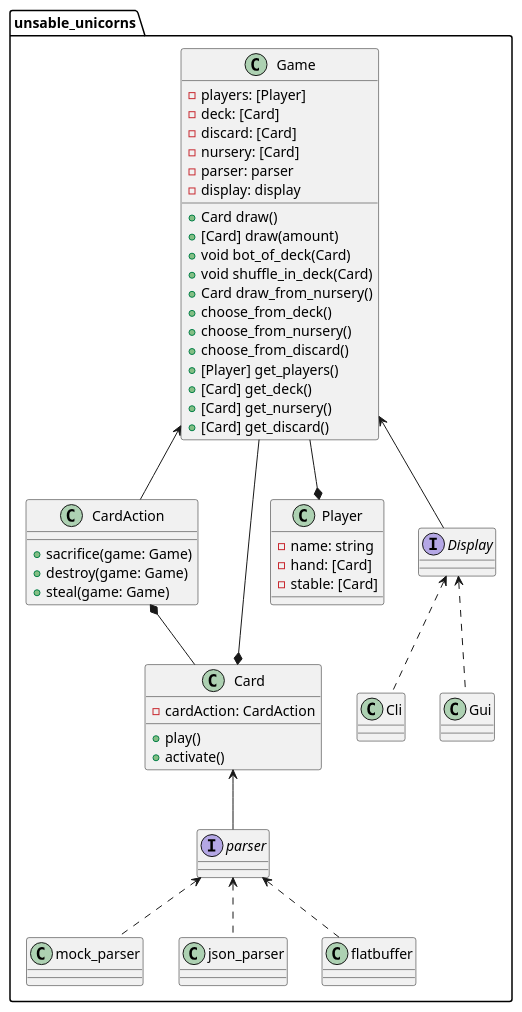
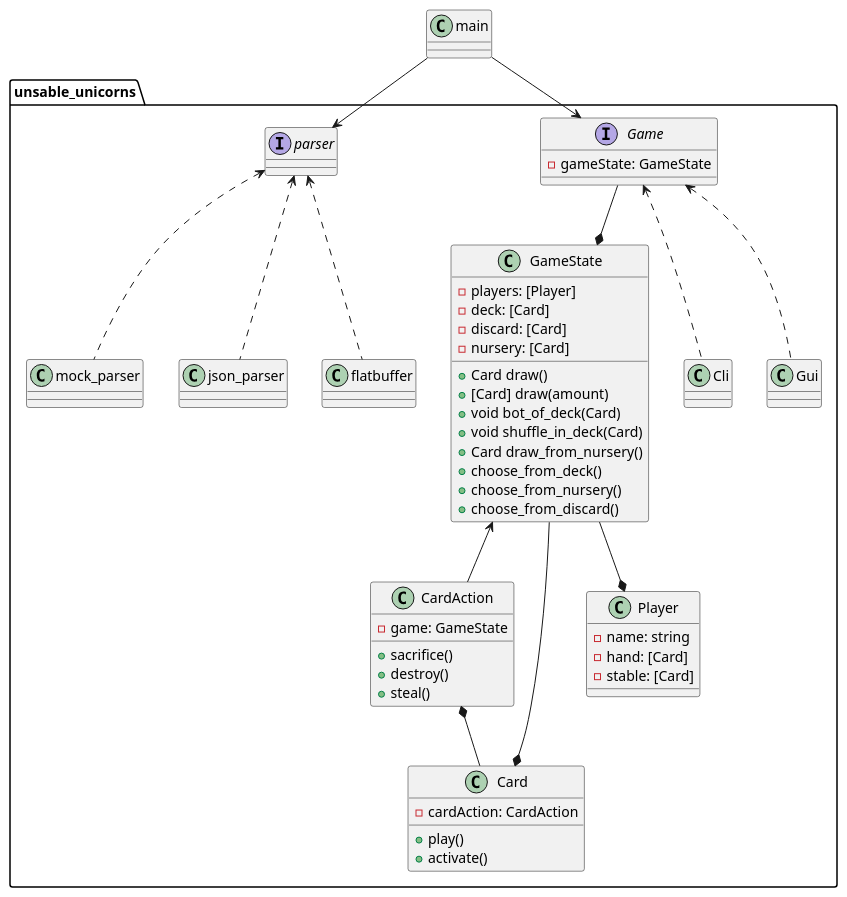
One commit to agmui/lobster_proj changed the diagram in unstable_unicorns/sample.puml. Above: the diagram before and after it, drawn with PlantUML. The commit also changed 6 other files, not shown here.

```diff
--- a/unstable_unicorns/sample.puml
+++ b/unstable_unicorns/sample.puml
@@ -1,63 +1,64 @@
 namespace unsable_unicorns{
 
 class CardAction{
-    + sacrifice(game: Game)
-    + destroy(game: Game)
-    + steal(game: Game)
+    - game: GameState
+    + sacrifice()
+    + destroy()
+    + steal()
 }
 
 class Card{
     - cardAction: CardAction
     + play()
     + activate()
 }
 class Player{
     - name: string
     - hand: [Card]
     - stable: [Card]
 }
 
-class Game{
+class GameState{
     - players: [Player]
     - deck: [Card]
     - discard: [Card]
     - nursery: [Card]
-    - parser: parser
-    - display: display
+
     + Card draw()
     + [Card] draw(amount)
     + void bot_of_deck(Card)
     + void shuffle_in_deck(Card)
     + Card draw_from_nursery()
     + choose_from_deck()
     + choose_from_nursery()
     + choose_from_discard()
-    + [Player] get_players()
-    + [Card] get_deck()
-    + [Card] get_nursery()
-    + [Card] get_discard()
 }
 
-interface Display
+interface Game{
+    - gameState: GameState
+}
 class Cli
 class Gui
 
 interface parser
 class mock_parser 
 class json_parser
 class flatbuffer
 }
 
+main --> parser
+main --> Game
+
 CardAction *-- Card
-Game --* Player
-Game --* Card
-Game <-- CardAction
+GameState --* Player
+GameState --* Card
+GameState <-- CardAction
 
-Game <-- Display
-Display <.. Cli
-Display <.. Gui
+Game --* GameState
+Game <.. Cli
+Game <.. Gui
 
-Card <-- parser
+' Card <-- parser
 parser <.. flatbuffer
 parser <.. json_parser
 parser <.. mock_parser
```
